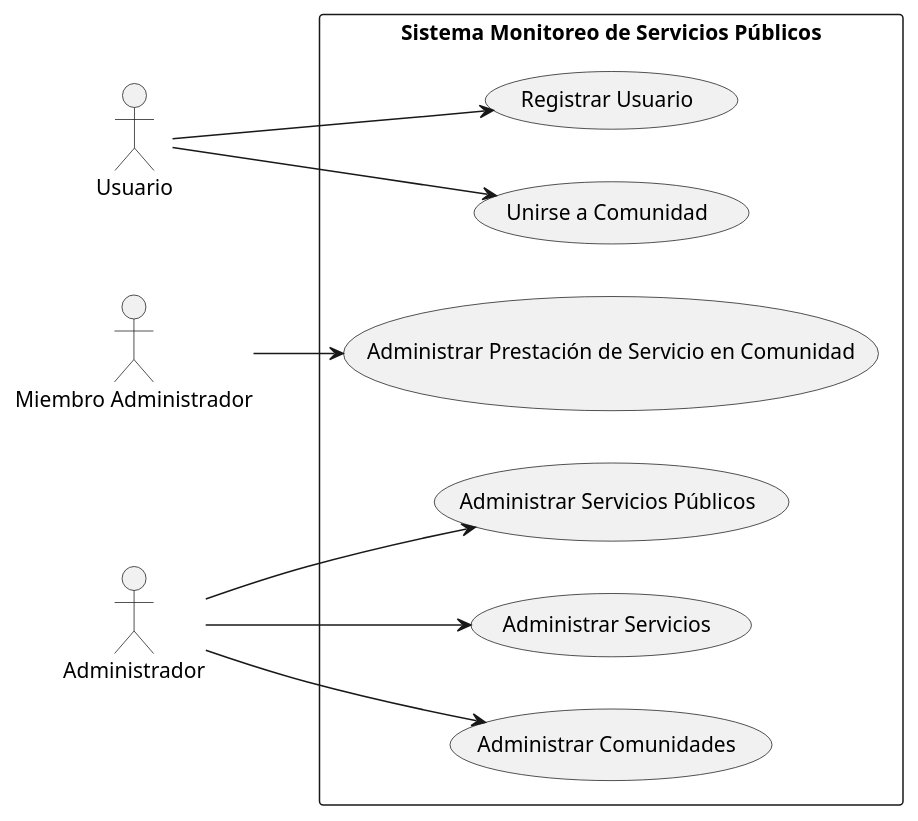
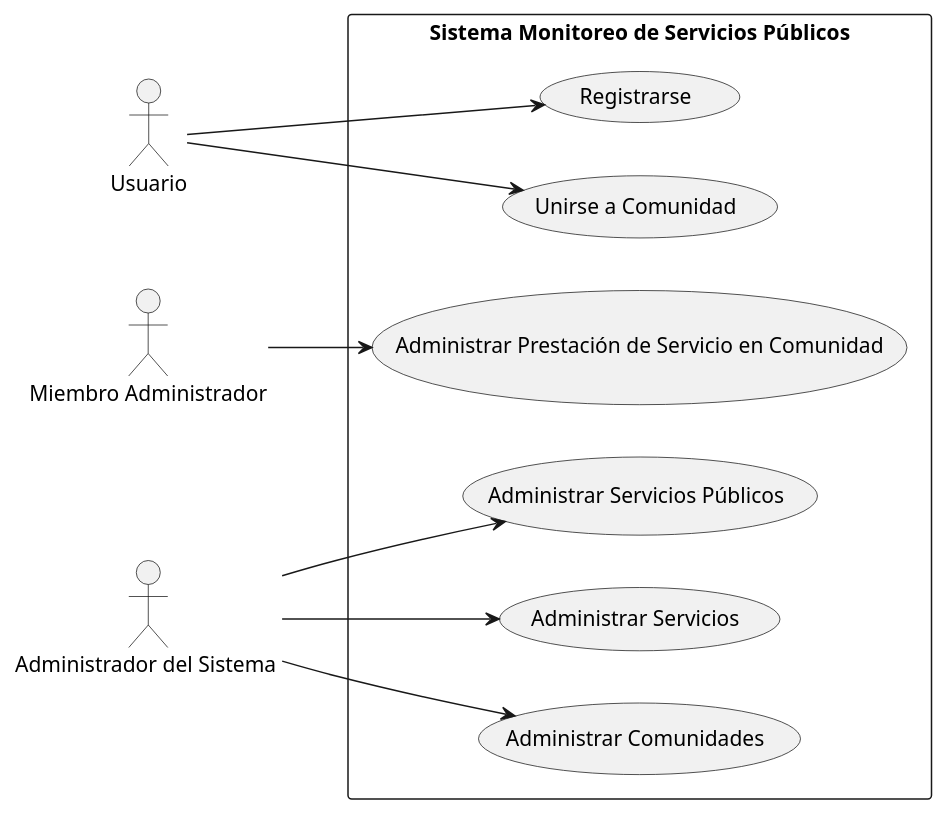
Before and after one commit to ValenAquino/tp-dds-2023: the diagram in docs/entrega-1/cu.plantuml, drawn with PlantUML. The commit also changed 1 other file, not shown here.

```diff
--- a/docs/entrega-1/cu.plantuml
+++ b/docs/entrega-1/cu.plantuml
@@ -1,29 +1,29 @@
 @startuml TPA1-CU
 
 left to right direction
 
 actor Usuario
 actor "Miembro Administrador" as MiembroAdministrador
-actor Administrador
+actor "Administrador del Sistema " as Administrador
 
 rectangle "Sistema Monitoreo de Servicios Públicos" {
-  (Registrar Usuario) as RegistrarUsuario
+  (Registrarse) as RegistrarUsuario
   (Unirse a Comunidad) as UnirseAComunidad
   
   (Administrar Prestación de Servicio en Comunidad) as AdmPrestacionDeServicio
 
   (Administrar Servicios Públicos) as AdmServicioPublico
   (Administrar Servicios) as AdmServicios
   (Administrar Comunidades) as AdmComunidades
 }
 
 Usuario --> RegistrarUsuario
 Usuario --> UnirseAComunidad
 
 MiembroAdministrador --> AdmPrestacionDeServicio
 
 Administrador --> AdmServicioPublico
 Administrador --> AdmServicios
 Administrador --> AdmComunidades
 
 @enduml
```
